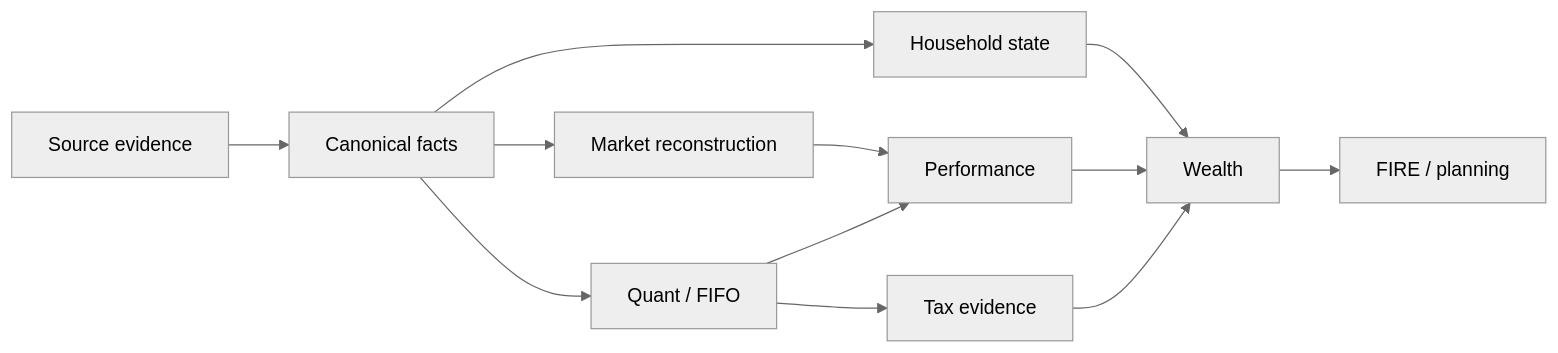
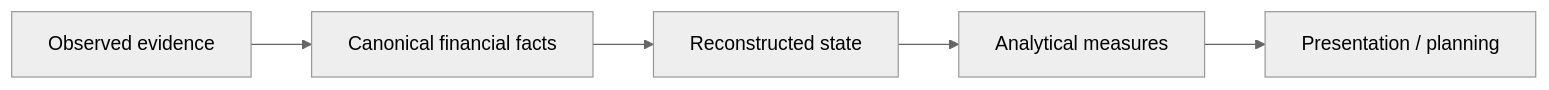
The first of 4 diagrams in docs/finance/README.md (tks18/personal-finance-etl), drawn with Mermaid (neutral theme) before and after one commit. The commit also changed other lines of this file and 11 other files, not shown here.

````diff
--- a/docs/finance/README.md
+++ b/docs/finance/README.md
@@ -5,14 +9,10 @@
 ```mermaid
 flowchart LR
-    E[Source evidence] --> C[Canonical facts]
-    C --> H[Household state]
-    C --> M[Market reconstruction]
-    C --> Q[Quant / FIFO]
-    M --> P[Performance]
-    Q --> P
-    Q --> T[Tax evidence]
-    H --> W[Wealth]
-    P --> W
-    T --> W
-    W --> F[FIRE / planning]
+    E["Observed evidence"]
+    C["Canonical financial facts"]
+    R["Reconstructed state"]
+    M["Analytical measures"]
+    P["Presentation / planning"]
+
+    E --> C --> R --> M --> P
 ```
````
